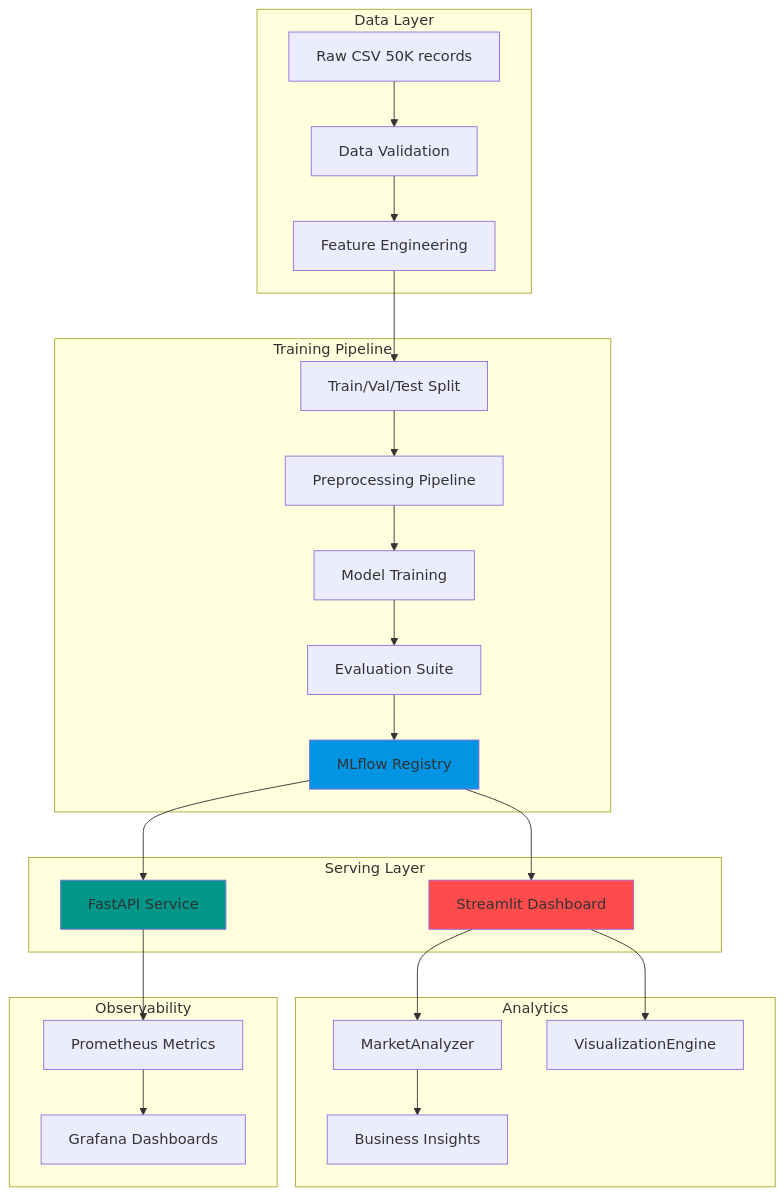
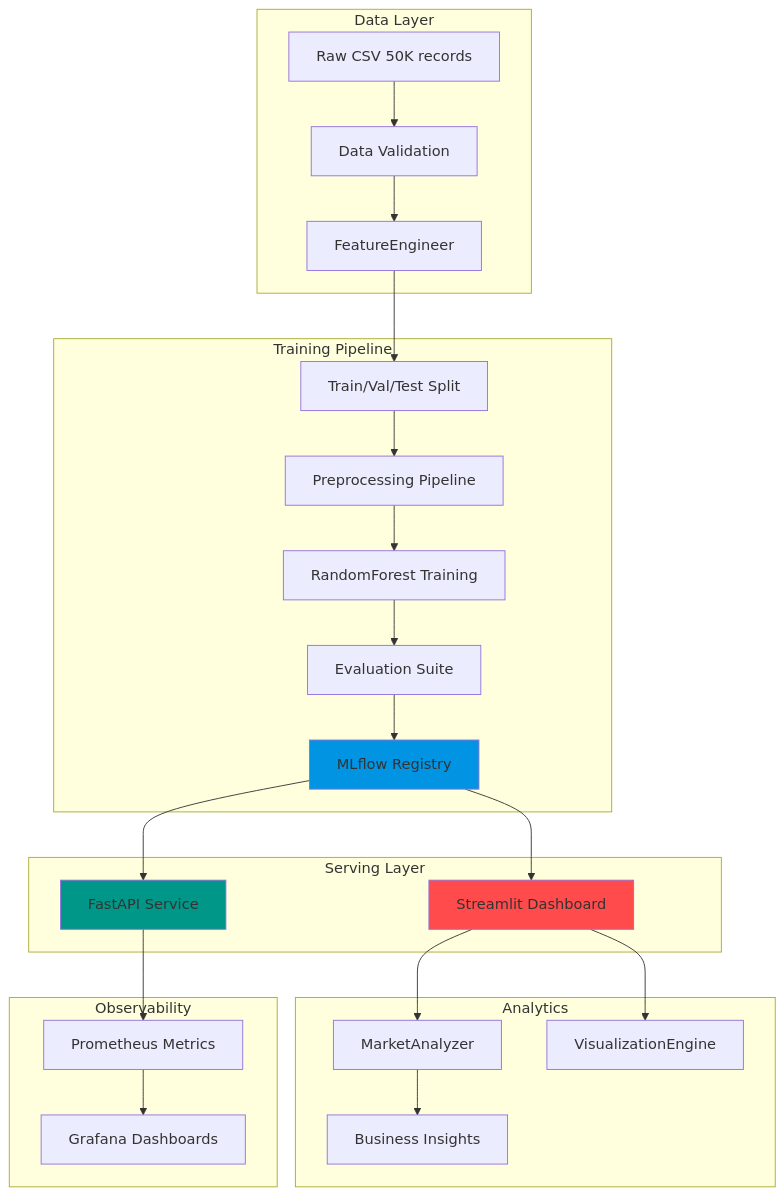
Before and after one commit to DuqueOM/ML-MLOps-Portfolio: the diagram in CarVision-Market-Intelligence/README.md, drawn with Mermaid. The commit also changed other lines of this file and 3 other files, not shown here.

````diff
--- a/CarVision-Market-Intelligence/README.md
+++ b/CarVision-Market-Intelligence/README.md
@@ -193,35 +210,35 @@
 ```mermaid
 graph TB
     subgraph "Data Layer"
         A[Raw CSV 50K records] --> B[Data Validation]
-        B --> C[Feature Engineering]
+        B --> C[FeatureEngineer]
     end
     
     subgraph "Training Pipeline"
         C --> D[Train/Val/Test Split]
         D --> E[Preprocessing Pipeline]
-        E --> F[Model Training]
+        E --> F[RandomForest Training]
         F --> G[Evaluation Suite]
         G --> H[MLflow Registry]
     end
     
     subgraph "Serving Layer"
         H --> I[FastAPI Service]
         H --> J[Streamlit Dashboard]
     end
     
     subgraph "Analytics"
         J --> K[MarketAnalyzer]
         J --> L[VisualizationEngine]
         K --> M[Business Insights]
     end
     
     subgraph "Observability"
         I --> N[Prometheus Metrics]
         N --> O[Grafana Dashboards]
     end
     
     style H fill:#0194E2
     style J fill:#FF4B4B
     style I fill:#009688
 ```
````
